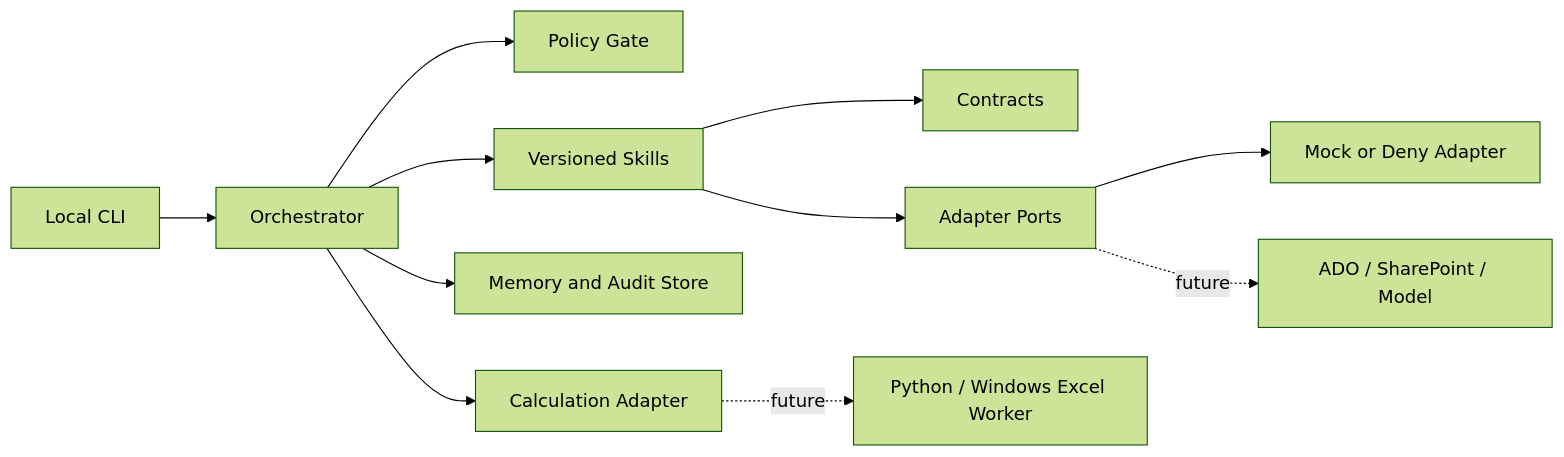
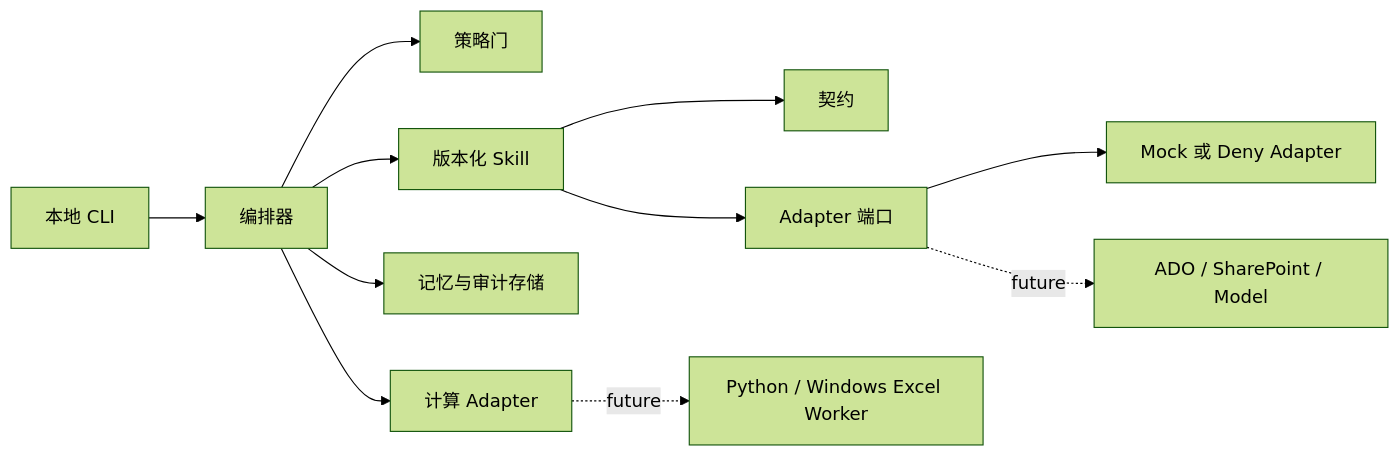
Before and after one commit to MS-AI-in-Product-Making/TA-Assist-Agent: the diagram in docs/superpowers/specs/2026-07-22-ai-assist-agent-foundation-design.md, drawn with Mermaid (forest theme). The commit also changed other lines of this file, not shown here.

````diff
--- a/docs/superpowers/specs/2026-07-22-ai-assist-agent-foundation-design.md
+++ b/docs/superpowers/specs/2026-07-22-ai-assist-agent-foundation-design.md
@@ -39,13 +36,13 @@
 ```mermaid
 flowchart LR
-    CLI["Local CLI"] --> ORCH["Orchestrator"]
-    ORCH --> POLICY["Policy Gate"]
-    ORCH --> SKILL["Versioned Skills"]
-    ORCH --> AUDIT["Memory and Audit Store"]
-    SKILL --> CONTRACTS["Contracts"]
-    SKILL --> ADAPTERS["Adapter Ports"]
-    ADAPTERS --> MOCK["Mock or Deny Adapter"]
+    CLI["本地 CLI"] --> ORCH["编排器"]
+    ORCH --> POLICY["策略门"]
+    ORCH --> SKILL["版本化 Skill"]
+    ORCH --> AUDIT["记忆与审计存储"]
+    SKILL --> CONTRACTS["契约"]
+    SKILL --> ADAPTERS["Adapter 端口"]
+    ADAPTERS --> MOCK["Mock 或 Deny Adapter"]
     ADAPTERS -. future .-> EXT["ADO / SharePoint / Model"]
-    ORCH --> CALC["Calculation Adapter"]
+    ORCH --> CALC["计算 Adapter"]
     CALC -. future .-> WORKER["Python / Windows Excel Worker"]
 ```
````
